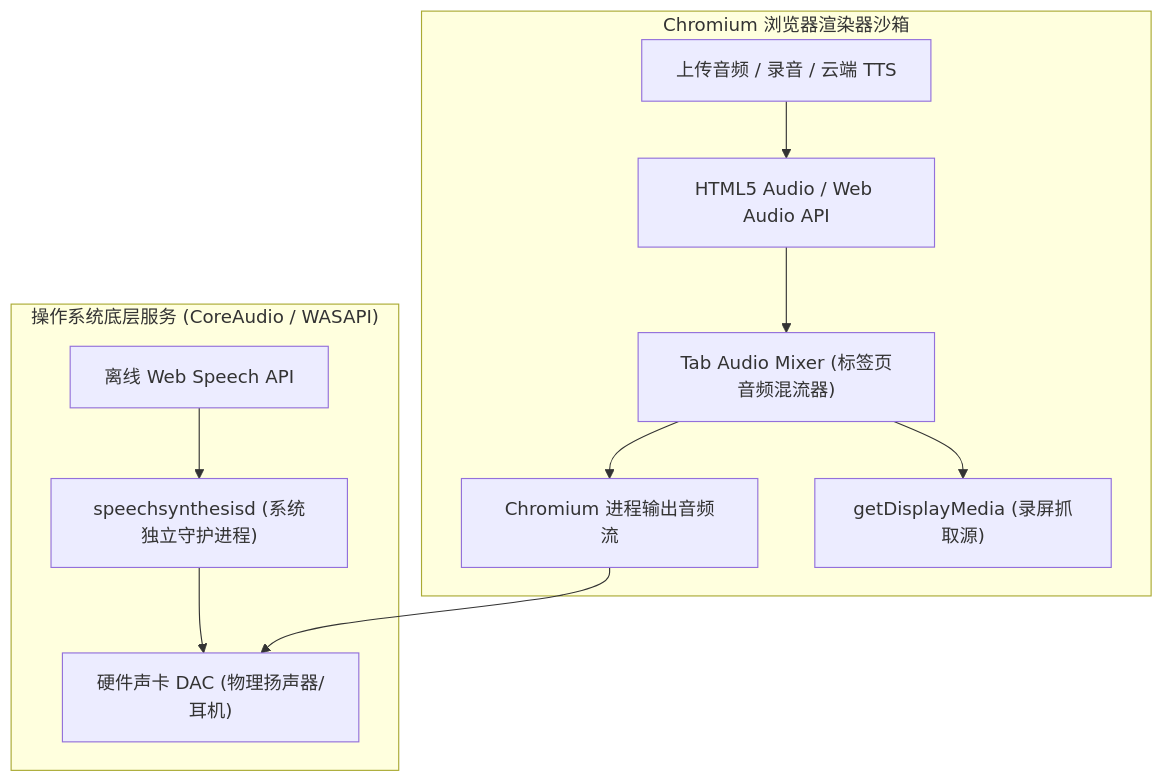
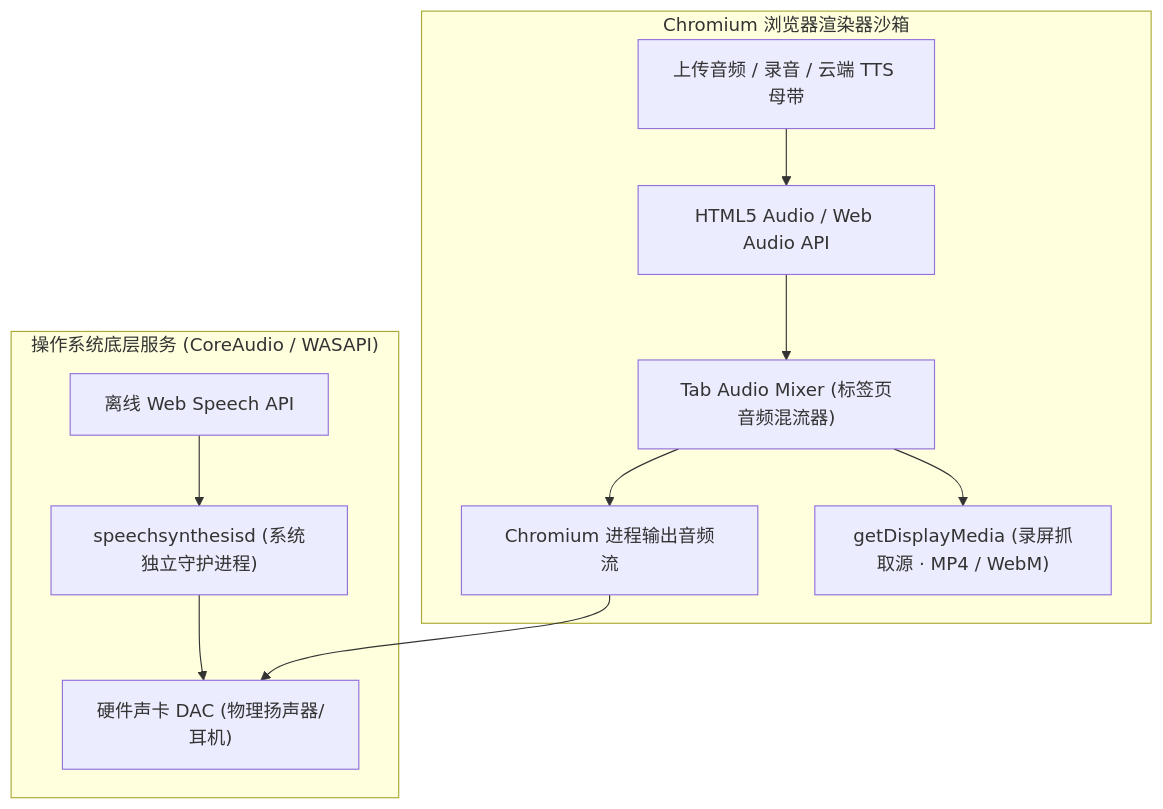
The second of 4 diagrams in docs/AUDIO_PLAYBACK_AND_EXPORT_MATRIX.md (tumio-ltd/focusflow), drawn with Mermaid before and after one commit. The commit also changed other lines of this file and 42 other files, not shown here.

````diff
--- a/docs/AUDIO_PLAYBACK_AND_EXPORT_MATRIX.md
+++ b/docs/AUDIO_PLAYBACK_AND_EXPORT_MATRIX.md
@@ -172,15 +246,15 @@
 ```mermaid
 flowchart TD
     subgraph Browser_Sandbox ["Chromium 浏览器渲染器沙箱"]
-        A1["上传音频 / 录音 / 云端 TTS"] --> B1["HTML5 Audio / Web Audio API"]
+        A1["上传音频 / 录音 / 云端 TTS 母带"] --> B1["HTML5 Audio / Web Audio API"]
         B1 --> C1["Tab Audio Mixer (标签页音频混流器)"]
         C1 --> D1["Chromium 进程输出音频流"]
-        C1 --> E1["getDisplayMedia (录屏抓取源)"]
+        C1 --> E1["getDisplayMedia (录屏抓取源 · MP4 / WebM)"]
     end
     
     subgraph OS_Level ["操作系统底层服务 (CoreAudio / WASAPI)"]
         A2["离线 Web Speech API"] --> B2["speechsynthesisd (系统独立守护进程)"]
         B2 --> D2["硬件声卡 DAC (物理扬声器/耳机)"]
         D1 --> D2
     end
 ```
````
